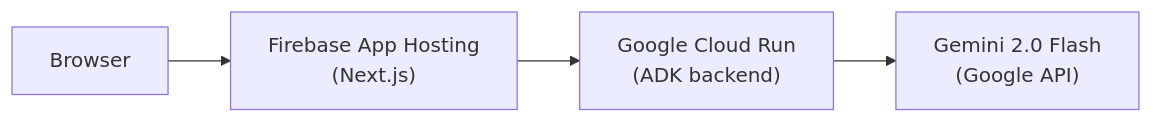
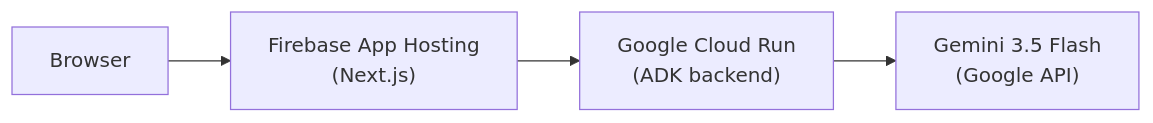
The fourth of 4 diagrams in ARCHITECTURE.md (joshuawenghao/Study-guide-generation), drawn with Mermaid before and after one commit. The commit also changed other lines of this file and 4 other files, not shown here.

First line of the commit message:
docs: add prompt reference and update model version to gemini-3.5-flash

````diff
--- a/ARCHITECTURE.md
+++ b/ARCHITECTURE.md
@@ -668,6 +668,6 @@
 ```mermaid
 flowchart LR
   Browser --> AppHosting["Firebase App Hosting\n(Next.js)"]
   AppHosting --> CloudRun["Google Cloud Run\n(ADK backend)"]
-    CloudRun --> Gemini["Gemini 2.0 Flash\n(Google API)"]
+    CloudRun --> Gemini["Gemini 3.5 Flash\n(Google API)"]
 ```
````
